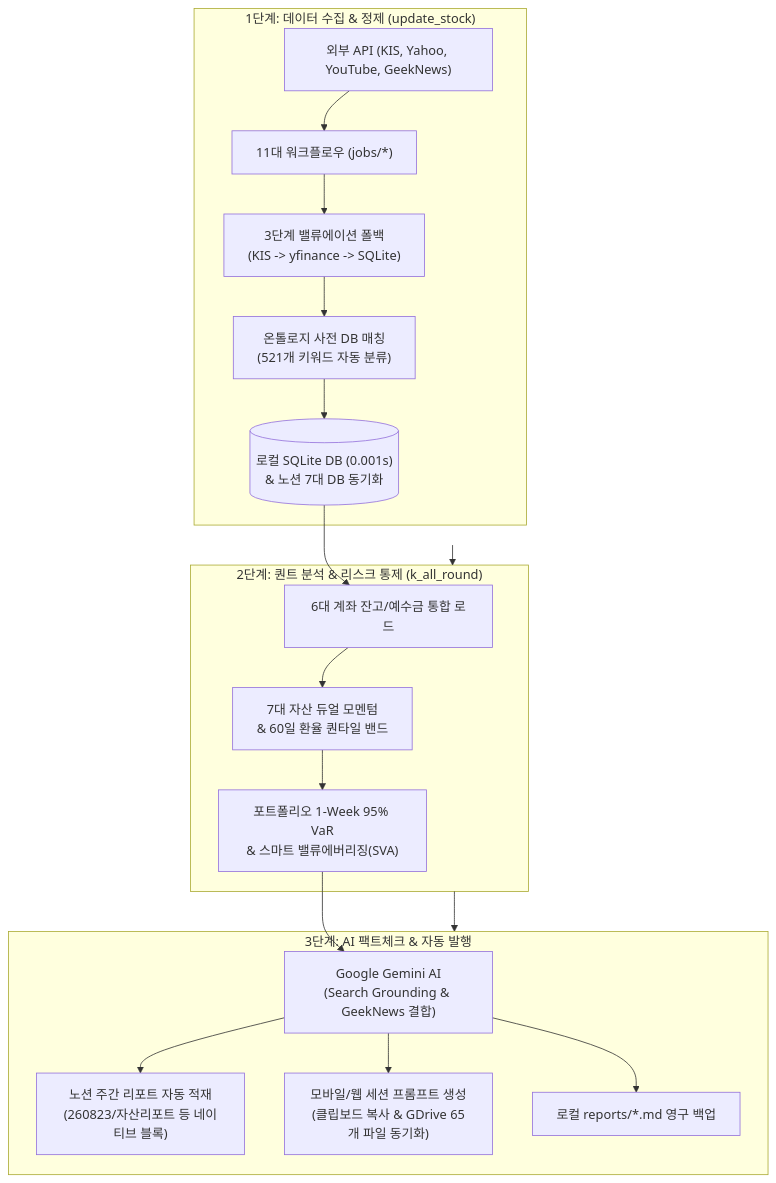
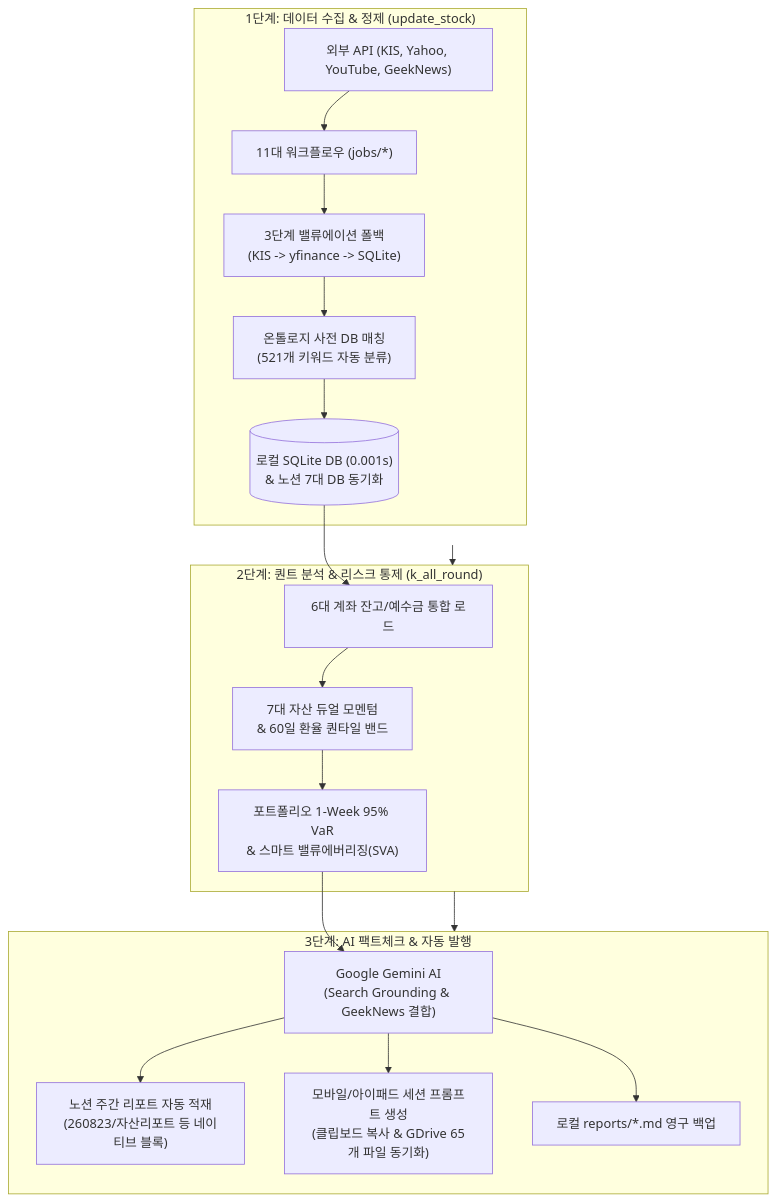
The diagram in docs/SYSTEM_MAP.md (choigyuyoung-lab/update_stock), drawn with Mermaid before and after one commit. The commit also changed other lines of this file and 5 other files, not shown here.

````diff
--- a/docs/SYSTEM_MAP.md
+++ b/docs/SYSTEM_MAP.md
@@ -62,24 +62,24 @@
 ```mermaid
 flowchart TD
     subgraph S1["1단계: 데이터 수집 & 정제 (update_stock)"]
         D1["외부 API (KIS, Yahoo, YouTube, GeekNews)"] --> D2["11대 워크플로우 (jobs/*)"]
         D2 --> D3["3단계 밸류에이션 폴백\n(KIS -> yfinance -> SQLite)"]
         D3 --> D4["온톨로지 사전 DB 매칭\n(521개 키워드 자동 분류)"]
         D4 --> D5[("로컬 SQLite DB (0.001s)\n& 노션 7대 DB 동기화")]
     end
 
     subgraph S2["2단계: 퀀트 분석 & 리스크 통제 (k_all_round)"]
         D5 --> P1["6대 계좌 잔고/예수금 통합 로드"]
         P1 --> P2["7대 자산 듀얼 모멘텀\n& 60일 환율 퀀타일 밴드"]
         P2 --> P3["포트폴리오 1-Week 95% VaR\n& 스마트 밸류에버리징(SVA)"]
     end
 
     subgraph S3["3단계: AI 팩트체크 & 자동 발행"]
         P3 --> A1["Google Gemini AI\n(Search Grounding & GeekNews 결합)"]
         A1 --> A2["노션 주간 리포트 자동 적재\n(260823/자산리포트 등 네이티브 블록)"]
-        A1 --> A3["모바일/웹 세션 프롬프트 생성\n(클립보드 복사 & GDrive 65개 파일 동기화)"]
+        A1 --> A3["모바일/아이패드 세션 프롬프트 생성\n(클립보드 복사 & GDrive 65개 파일 동기화)"]
         A1 --> A4["로컬 reports/*.md 영구 백업"]
     end
 
     S1 --> S2 --> S3
 ```
````
